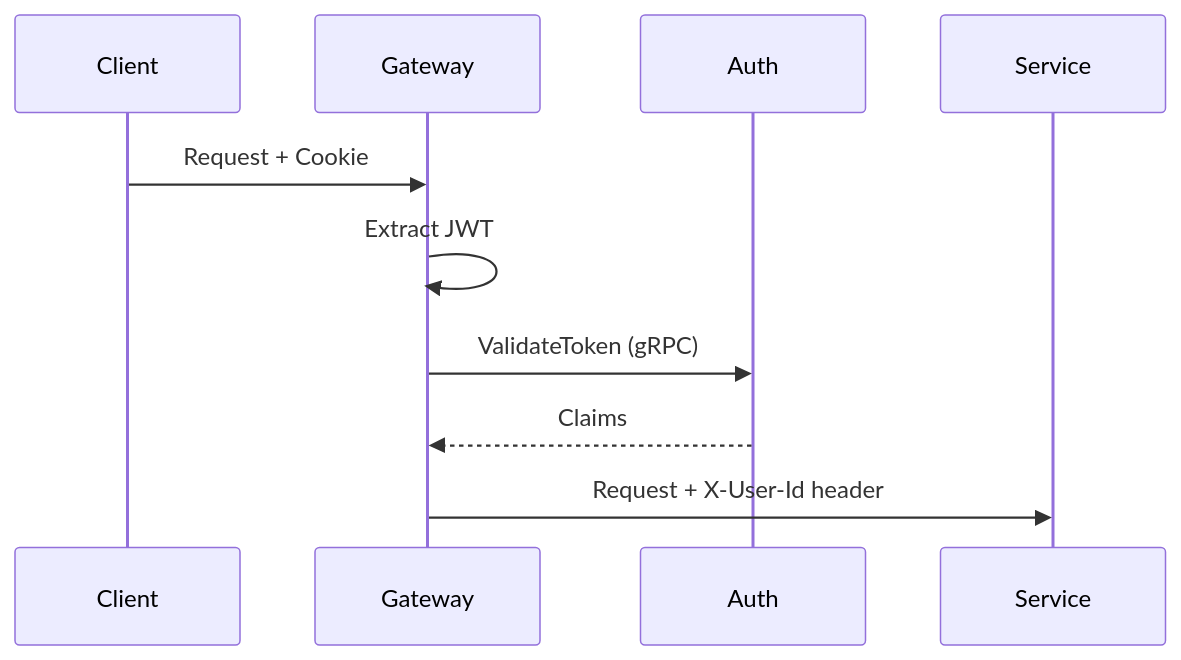
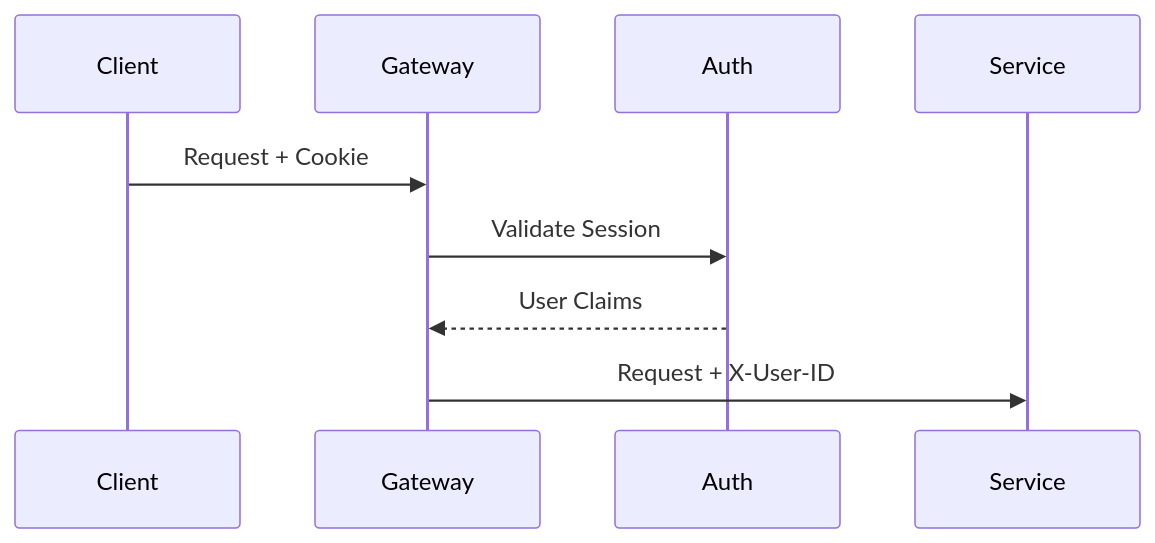
One commit to Nechja/hellArch changed the second of 3 diagrams in docs/guide/services/gateway.md. Above: the diagram before and after it, drawn with Mermaid. The commit also changed other lines of this file and 56 other files, not shown here.

````diff
--- a/docs/guide/services/gateway.md
+++ b/docs/guide/services/gateway.md
@@ -72,8 +98,7 @@
 ```mermaid
 sequenceDiagram
     Client->>Gateway: Request + Cookie
-    Gateway->>Gateway: Extract JWT
-    Gateway->>Auth: ValidateToken (gRPC)
-    Auth-->>Gateway: Claims
-    Gateway->>Service: Request + X-User-Id header
+    Gateway->>Auth: Validate Session
+    Auth-->>Gateway: User Claims
+    Gateway->>Service: Request + X-User-ID
 ```
````
